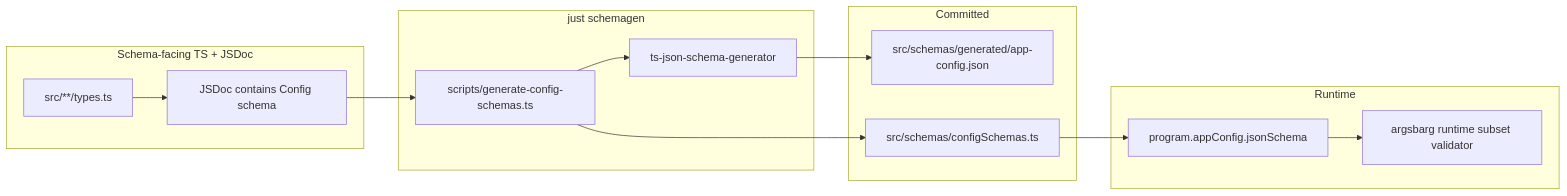
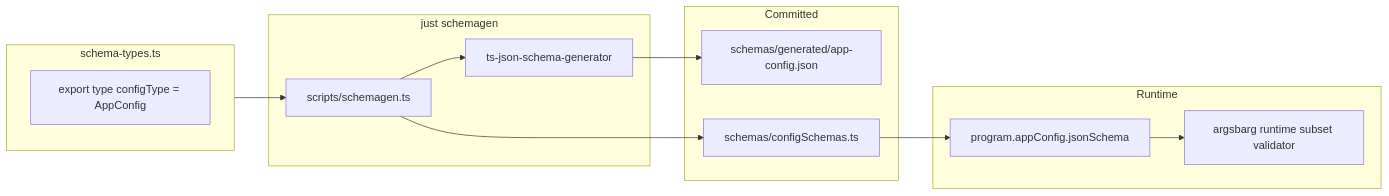
One commit to bdombro/bun-argsbarg changed the diagram in docs/config-schema.md. Above: the diagram before and after it, drawn with Mermaid. The commit also changed other lines of this file and 26 other files, not shown here.

````diff
--- a/docs/config-schema.md
+++ b/docs/config-schema.md
@@ -143,21 +143,20 @@
 ```mermaid
 flowchart LR
-  subgraph types [Schema-facing TS + JSDoc]
-    TypesTs["src/**/types.ts"]
-    Marker["JSDoc contains Config schema"]
+  subgraph types [schema-types.ts]
+    Marker["export type configType = AppConfig"]
   end
   subgraph gen [just schemagen]
-    Script["scripts/generate-config-schemas.ts"]
+    Script["scripts/schemagen.ts"]
     Gen["ts-json-schema-generator"]
   end
   subgraph artifacts [Committed]
-    Json["src/schemas/generated/app-config.json"]
-    Bridge["src/schemas/configSchemas.ts"]
+    Json["schemas/generated/app-config.json"]
+    Bridge["schemas/configSchemas.ts"]
   end
   subgraph runtime [Runtime]
     Program["program.appConfig.jsonSchema"]
     Validate["argsbarg runtime subset validator"]
   end
-  TypesTs --> Marker --> Script --> Gen --> Json
+  types --> Script --> Gen --> Json
   Script --> Bridge --> Program --> Validate
 ```
````
